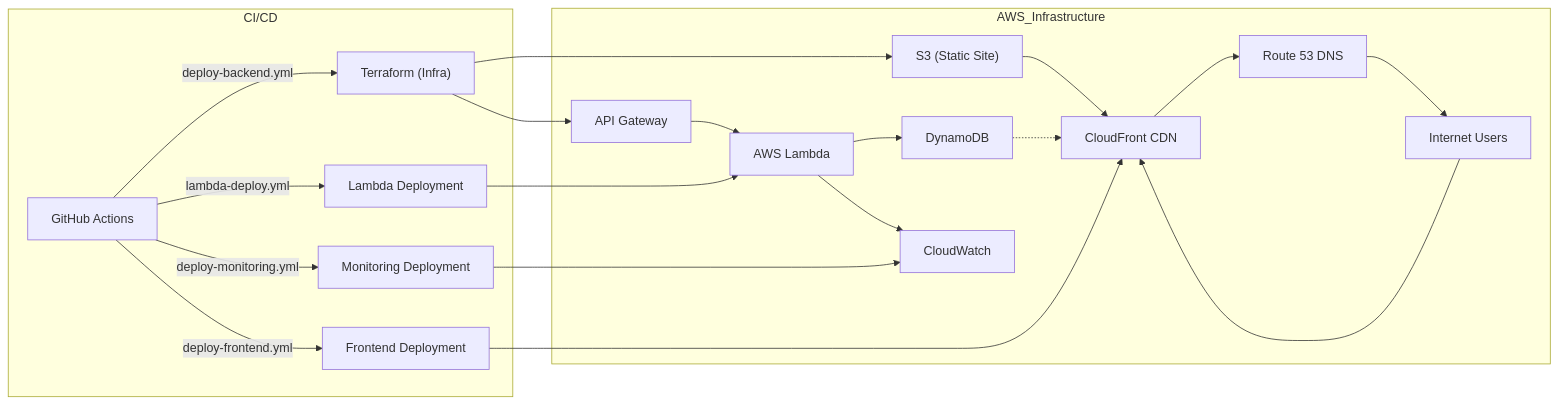
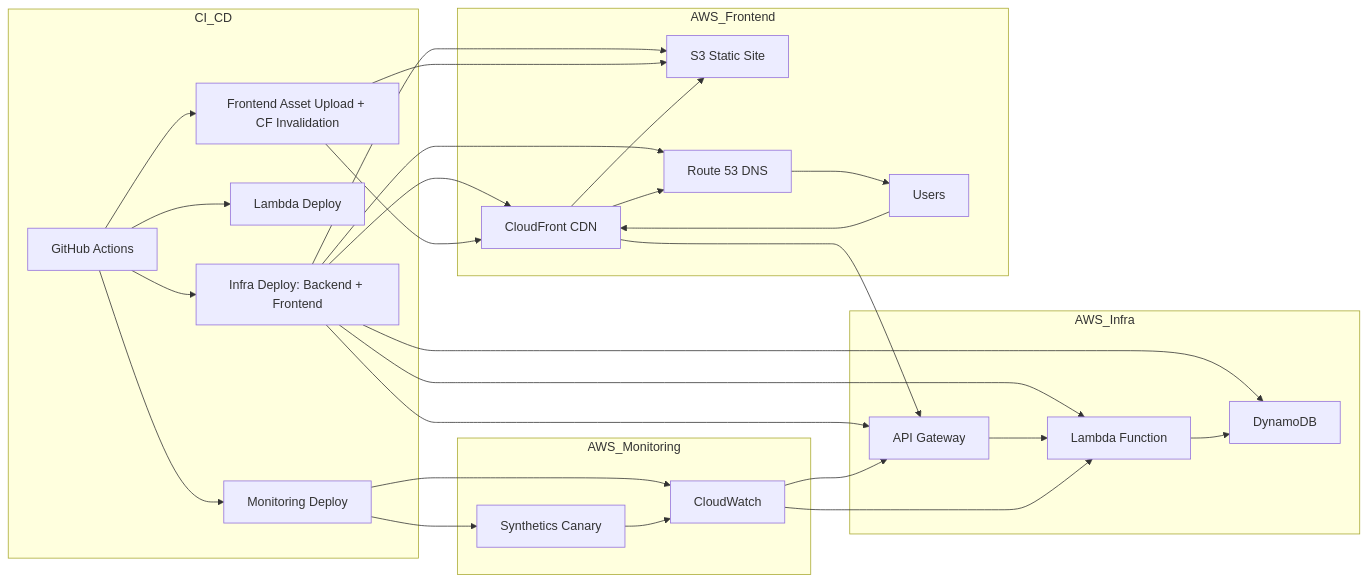
The sixth of 6 diagrams in README.md (hybridmulticloud/resume-api-frontend), drawn with Mermaid before and after one commit. The commit also changed other lines of this file, not shown here.

````diff
--- a/README.md
+++ b/README.md
@@ -163,26 +186,40 @@
 ```mermaid
 flowchart LR
-  subgraph CI/CD
-    GH["GitHub Actions"]
-    GH -->|deploy-backend.yml| TF["Terraform (Infra)"]
-    GH -->|lambda-deploy.yml| LD["Lambda Deployment"]
-    GH -->|deploy-frontend.yml| FD["Frontend Deployment"]
-    GH -->|deploy-monitoring.yml| MD["Monitoring Deployment"]
+  GH[GitHub Actions]
+
+  subgraph CI_CD
+    GH --> TF["Infra Deploy: Backend + Frontend"]
+    GH --> LD["Lambda Deploy"]
+    GH --> FD["Frontend Asset Upload + CF Invalidation"]
+    GH --> MD["Monitoring Deploy"]
   end
 
-  subgraph AWS_Infrastructure
+  subgraph AWS_Infra
     TF --> APIGW["API Gateway"]
-    TF --> S3["S3 (Static Site)"]
-    APIGW --> Lambda["AWS Lambda"]
-    Lambda --> DynamoDB["DynamoDB"]
-    Lambda --> CW["CloudWatch"]
-    S3 --> CF["CloudFront CDN"]
-    CF --> Route53["Route 53 DNS"]
-    Route53 --> IU["Internet Users"]
-    DynamoDB -.-> CF
-    IU --> CF
-    LD --> Lambda
+    TF --> Lambda["Lambda Function"]
+    TF --> DynamoDB["DynamoDB"]
+    APIGW --> Lambda
+    Lambda --> DynamoDB
+  end
+
+  subgraph AWS_Frontend
+    TF --> S3["S3 Static Site"]
+    TF --> CF["CloudFront CDN"]
+    TF --> Route53["Route 53 DNS"]
+    FD --> S3
     FD --> CF
-    MD --> CW
+    CF --> S3
+    CF --> APIGW
+    CF --> Route53
+    Route53 --> User["Users"]
+    User --> CF
+  end
+
+  subgraph AWS_Monitoring
+    MD --> Canary["Synthetics Canary"]
+    MD --> CW["CloudWatch"]
+    Canary --> CW
+    CW --> APIGW
+    CW --> Lambda
   end
 ```
````
